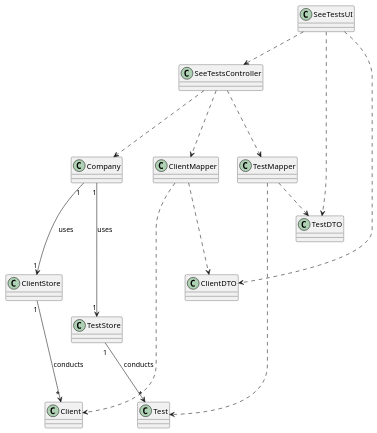
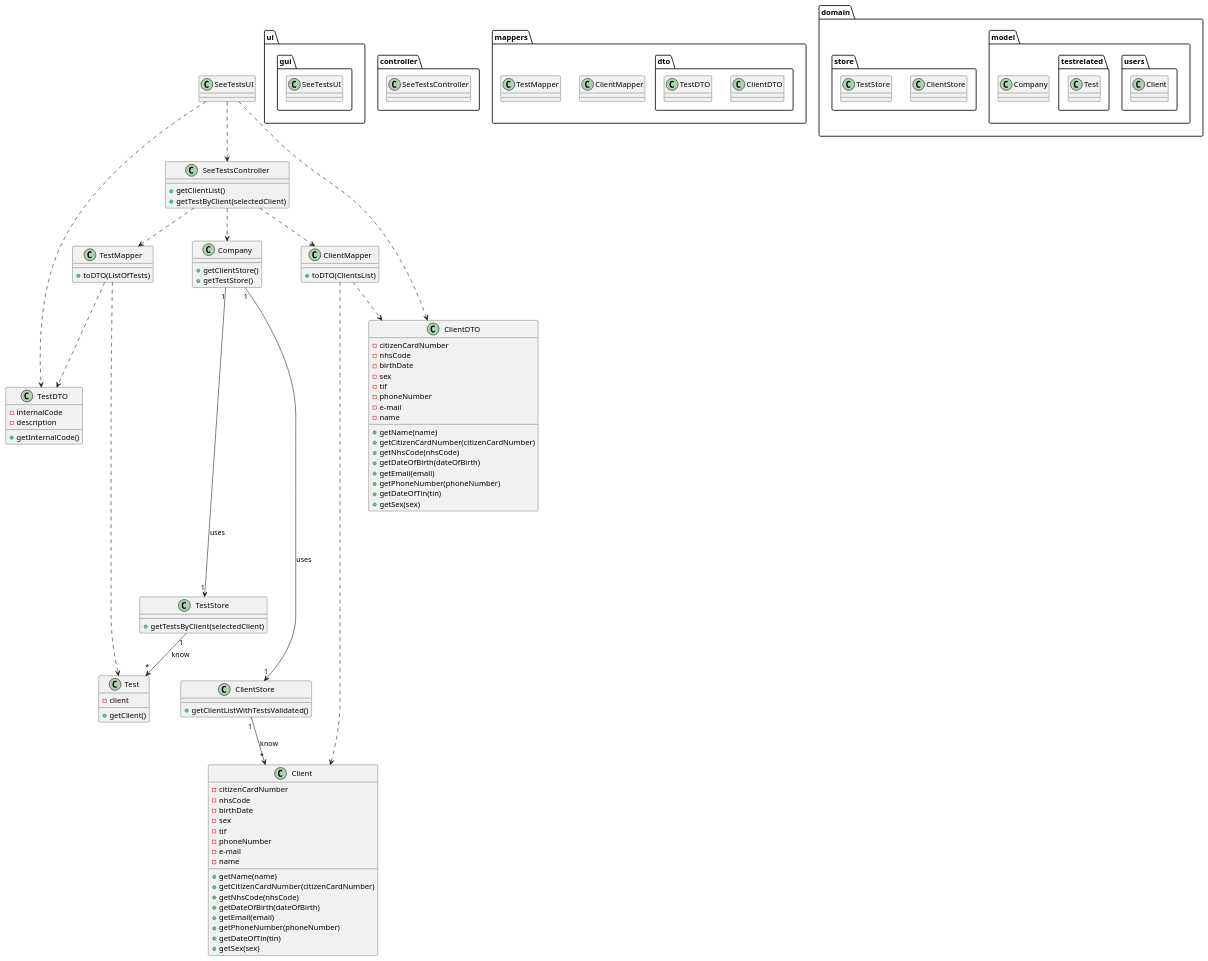
One commit to manu-07-ela/LAPR2_ISEP changed the diagram in docs/SprintD/US13/US13_CD.puml. Above: the diagram before and after it, drawn with PlantUML. The commit also changed 8 other files, not shown here.

```diff
--- a/docs/SprintD/US13/US13_CD.puml
+++ b/docs/SprintD/US13/US13_CD.puml
@@ -1,57 +1,139 @@
 @startuml
 'https://plantuml.com/class-diagram
+package ui {
+package gui {
+class SeeTestsUI
+}
+}
+package controller {
+class SeeTestsController
+}
+
+package mappers {
+package dto {
+class ClientDTO
+class TestDTO
+}
+class ClientMapper
+class TestMapper
+}
+
+package domain {
+package model {
+package users {
+class Client
+}
+package testrelated {
+class Test
+}
+class Company
+}
+package store {
+class ClientStore
+class TestStore
+}
+}
 
 class SeeTestsUI {
 }
 
 class SeeTestsController {
++getClientList()
++getTestByClient(selectedClient)
 
 }
 
 class  ClientDTO{
+-citizenCardNumber
+-nhsCode
+-birthDate
+-sex
+-tif
+-phoneNumber
+-e-mail
+-name
+
++getName(name)
++getCitizenCardNumber(citizenCardNumber)
++getNhsCode(nhsCode)
++getDateOfBirth(dateOfBirth)
++getEmail(email)
++getPhoneNumber(phoneNumber)
++getDateOfTin(tin)
++getSex(sex)
 }
 
 class TestDTO{
+-internalCode
+-description
++getInternalCode()
 }
 
 class Company{
++getClientStore()
++getTestStore()
 
 }
 
 class ClientStore{
++getClientListWithTestsValidated()
 
 }
 
 class ClientMapper{
++toDTO(ClientsList)
+}
+
+class TestStore{
++getTestsByClient(selectedClient)
+
+}
+class Client {
+-citizenCardNumber
+-nhsCode
+-birthDate
+-sex
+-tif
+-phoneNumber
+-e-mail
+-name
+
++getName(name)
++getCitizenCardNumber(citizenCardNumber)
++getNhsCode(nhsCode)
++getDateOfBirth(dateOfBirth)
++getEmail(email)
++getPhoneNumber(phoneNumber)
++getDateOfTin(tin)
++getSex(sex)
+
 
 }
 
-class TestStore{
-
-}
-class Client {
-}
-
 class TestMapper{
++toDTO(ListOfTests)
 
 }
 
 class Test {
+-client
++getClient()
+
 }
 
-SeeTestsUI ..> SeeTestsController
-SeeTestsUI ..> ClientDTO
-SeeTestsUI ..> TestDTO
-SeeTestsController ...> TestMapper
-SeeTestsController ...> ClientMapper
-SeeTestsController ...> Company
-Company "1" ---> "1" TestStore : uses
-Company "1" ---> "1" ClientStore : uses
-ClientStore "1" ---> "*" Client : conducts
-TestStore"1" -> "*" Test : conducts
+SeeTestsUI .> SeeTestsController
+SeeTestsUI ....> ClientDTO
+SeeTestsUI ....> TestDTO
+SeeTestsController .> TestMapper
+SeeTestsController ..> ClientMapper
+SeeTestsController ..> Company
+Company "1" ----> "1" TestStore : uses
+Company "1" -----> "1" ClientStore : uses
+ClientStore "1" --> "*" Client : know
+TestStore"1" --> "*" Test : know
 TestMapper ..> TestDTO
 TestMapper .....> Test
-ClientMapper ...> ClientDTO
-ClientMapper ...> Client
+ClientMapper ..> ClientDTO
+ClientMapper ..> Client
 
 @enduml
```
